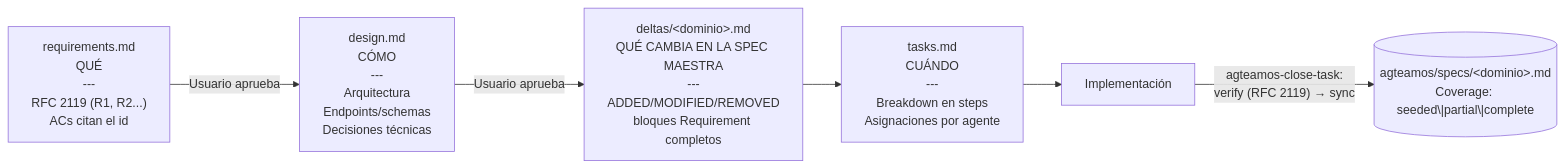
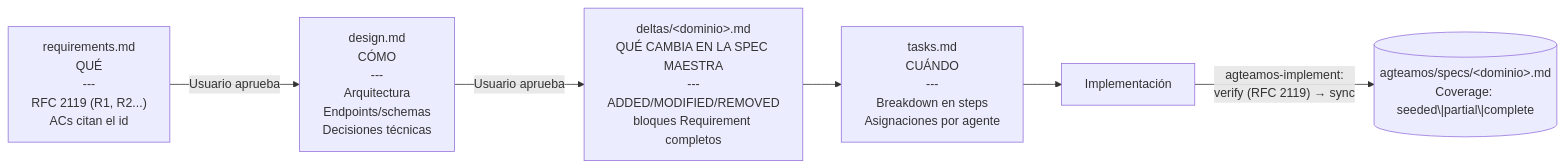
One commit to EJBereguete/claude-plugins changed the diagram in agteamos/docs/conceptos/sdd-y-specs-maestras.md. Above: the diagram before and after it, drawn with Mermaid. The commit also changed other lines of this file and 134 other files, not shown here.

````diff
--- a/agteamos/docs/conceptos/sdd-y-specs-maestras.md
+++ b/agteamos/docs/conceptos/sdd-y-specs-maestras.md
@@ -181,13 +181,13 @@
 ```mermaid
 flowchart LR
     REQ["requirements.md\nQUÉ\n---\nRFC 2119 (R1, R2...)\nACs citan el id"]
     DES["design.md\nCÓMO\n---\nArquitectura\nEndpoints/schemas\nDecisiones técnicas"]
     DELTA["deltas/&lt;dominio&gt;.md\nQUÉ CAMBIA EN LA SPEC MAESTRA\n---\nADDED/MODIFIED/REMOVED\nbloques Requirement completos"]
     TSK["tasks.md\nCUÁNDO\n---\nBreakdown en steps\nAsignaciones por agente"]
 
     REQ -->|"Usuario aprueba"| DES
     DES -->|"Usuario aprueba"| DELTA
     DELTA --> TSK
     TSK --> CODE[Implementación]
-    CODE -->|"agteamos-close-task:\nverify (RFC 2119) → sync"| SPEC[("agteamos/specs/&lt;dominio&gt;.md\nCoverage: seeded\|partial\|complete")]
+    CODE -->|"agteamos-implement:\nverify (RFC 2119) → sync"| SPEC[("agteamos/specs/&lt;dominio&gt;.md\nCoverage: seeded\|partial\|complete")]
 ```
````
